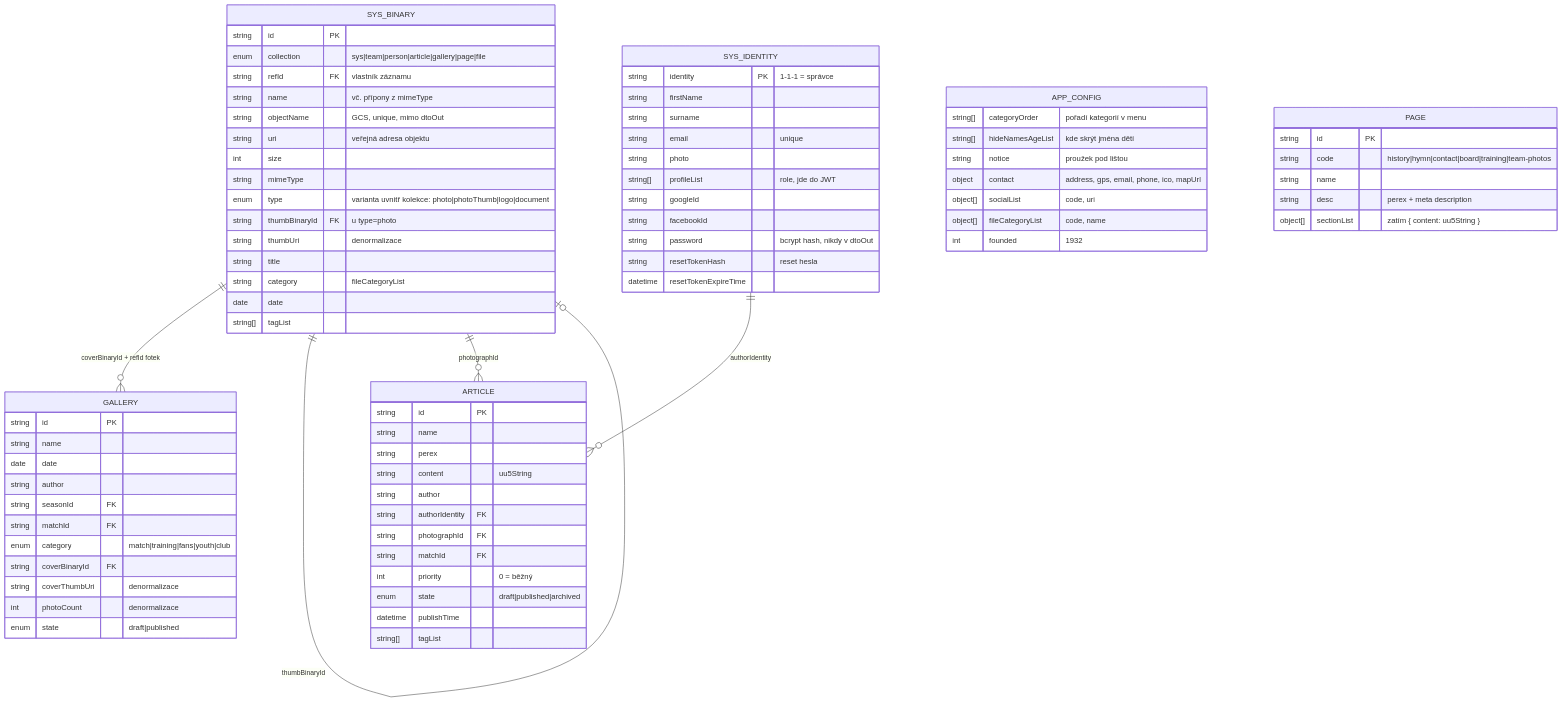
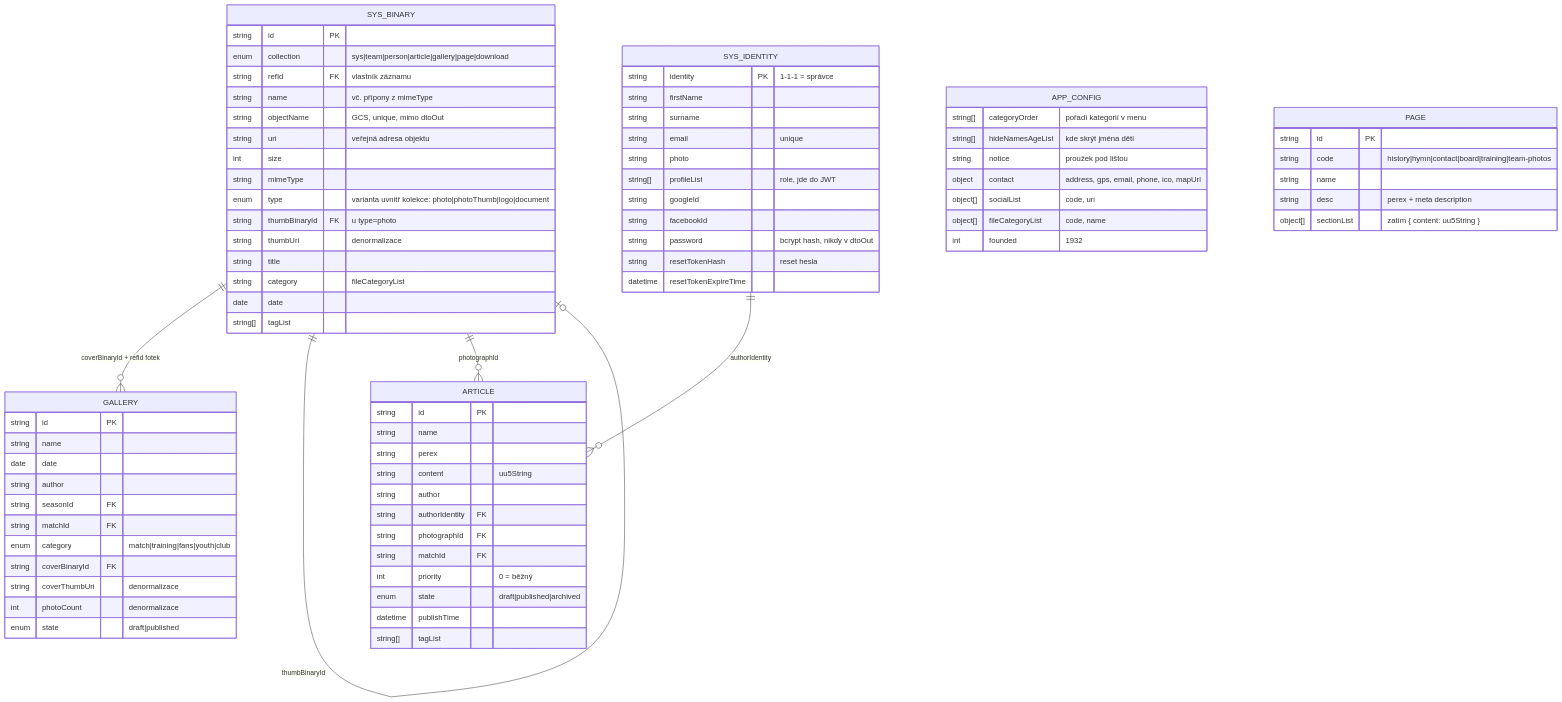
The third of 3 diagrams in design/data-model.md (capo00/afkbratcice), drawn with Mermaid before and after one commit. The commit also changed other lines of this file and 24 other files, not shown here.

````diff
--- a/design/data-model.md
+++ b/design/data-model.md
@@ -144,81 +144,81 @@
 ```mermaid
 erDiagram
     GALLERY {
         string id PK
         string name
         date   date
         string author
         string seasonId FK
         string matchId FK
         enum   category "match|training|fans|youth|club"
         string coverBinaryId FK
         string coverThumbUri "denormalizace"
         int    photoCount "denormalizace"
         enum   state "draft|published"
     }
     SYS_BINARY {
         string   id PK
-        enum     collection "sys|team|person|article|gallery|page|file"
+        enum     collection "sys|team|person|article|gallery|page|download"
         string   refId FK "vlastník záznamu"
         string   name "vč. přípony z mimeType"
         string   objectName "GCS, unique, mimo dtoOut"
         string   uri "veřejná adresa objektu"
         int      size
         string   mimeType
         enum     type "varianta uvnitř kolekce: photo|photoThumb|logo|document"
         string   thumbBinaryId FK "u type=photo"
         string   thumbUri "denormalizace"
         string   title
         string   category "fileCategoryList"
         date     date
         string[] tagList
     }
     SYS_IDENTITY {
         string   identity PK "1-1-1 = správce"
         string   firstName
         string   surname
         string   email "unique"
         string   photo
         string[] profileList "role, jde do JWT"
         string   googleId
         string   facebookId
         string   password "bcrypt hash, nikdy v dtoOut"
         string   resetTokenHash "reset hesla"
         datetime resetTokenExpireTime
     }
     APP_CONFIG {
         string[] categoryOrder "pořadí kategorií v menu"
         string[] hideNamesAgeList "kde skrýt jména dětí"
         string   notice "proužek pod lištou"
         object   contact "address, gps, email, phone, ico, mapUrl"
         object[] socialList "code, uri"
         object[] fileCategoryList "code, name"
         int      founded "1932"
     }
     ARTICLE {
         string   id PK
         string   name
         string   perex
         string   content "uu5String"
         string   author
         string   authorIdentity FK
         string   photographId FK
         string   matchId FK
         int      priority "0 = běžný"
         enum     state "draft|published|archived"
         datetime publishTime
         string[] tagList
     }
     PAGE {
         string   id PK
         string   code "history|hymn|contact|board|training|team-photos"
         string   name
         string   desc "perex + meta description"
         object[] sectionList "zatím { content: uu5String }"
     }
 
     SYS_BINARY   ||--o{ GALLERY     : "coverBinaryId + refId fotek"
     SYS_BINARY   ||--o| SYS_BINARY  : "thumbBinaryId"
     SYS_BINARY   ||--o{ ARTICLE     : "photographId"
     SYS_IDENTITY ||--o{ ARTICLE     : "authorIdentity"
 ```
````
